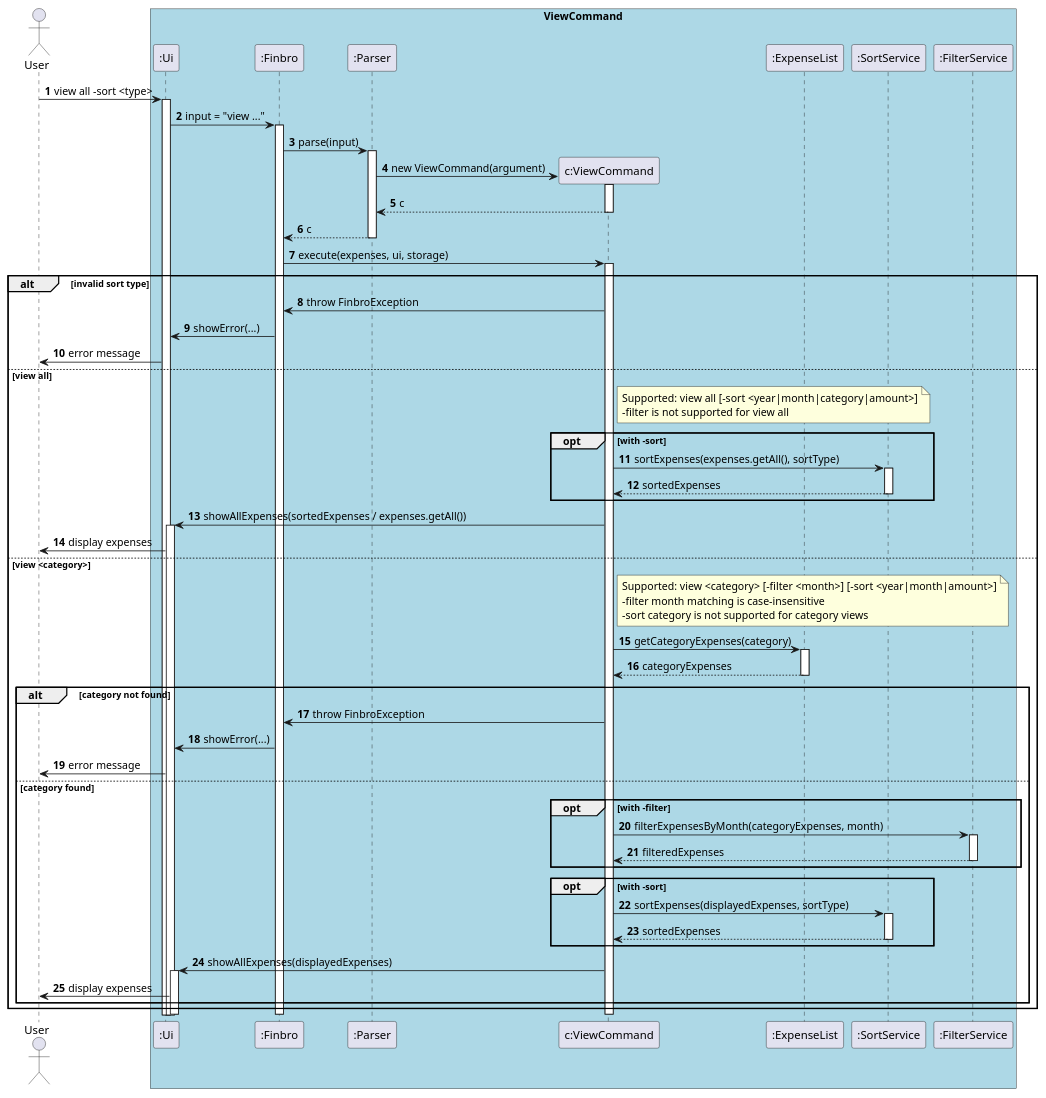
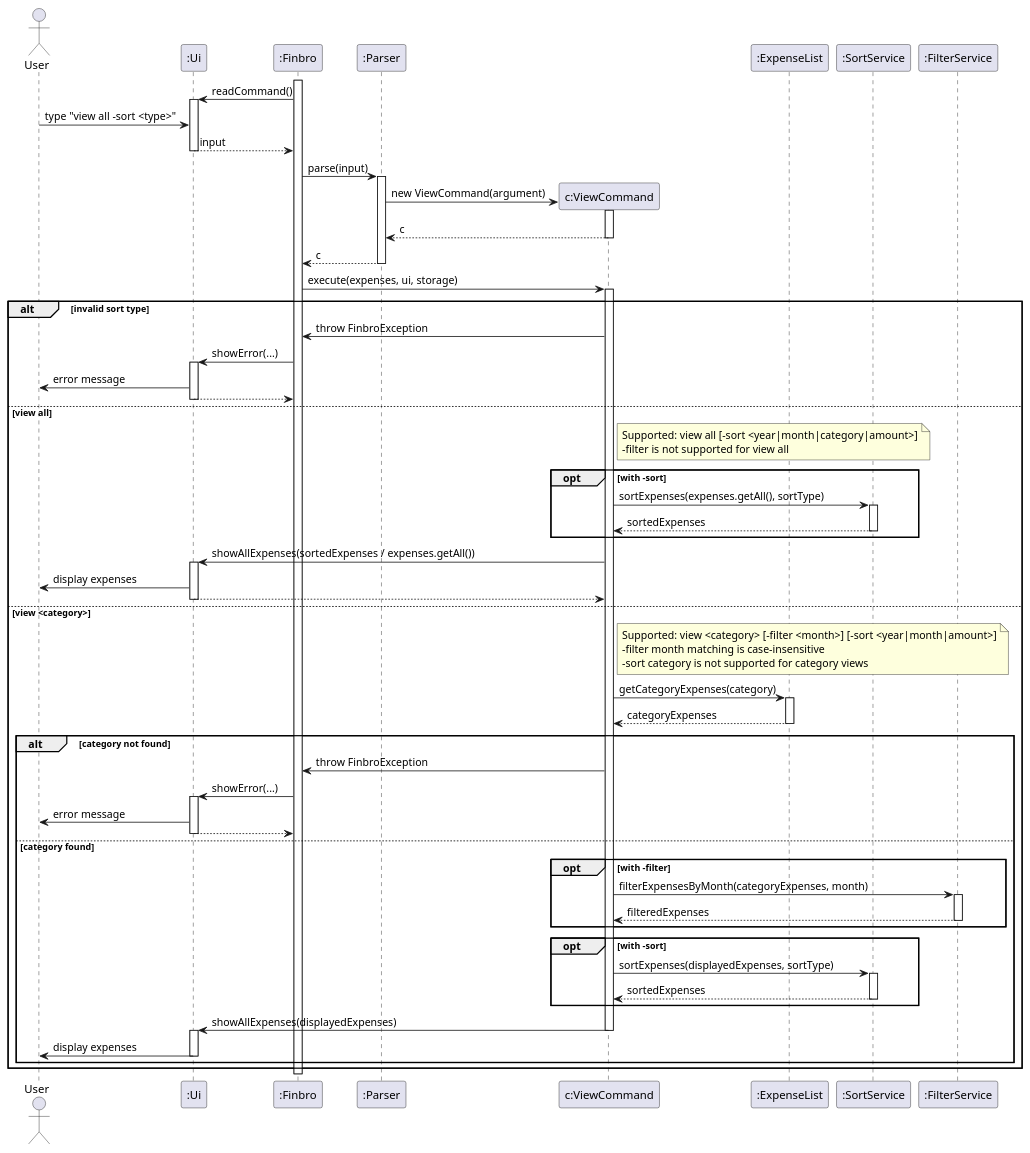
One commit to zihaoalt/tp changed the diagram in docs/UML_diagrams/ViewCommand_Advanced.puml. Above: the diagram before and after it, drawn with PlantUML. The commit also changed 3 other files, not shown here.

Commit message:
fix on sequence diagram on view

```diff
--- a/docs/UML_diagrams/ViewCommand_Advanced.puml
+++ b/docs/UML_diagrams/ViewCommand_Advanced.puml
@@ -1,95 +1,104 @@
 @startuml ViewCommand_Advanced
 'https://plantuml.com/sequence-diagram
 actor User
 
-box "ViewCommand" #LightBlue
 participant ":Ui"
 participant ":Finbro"
 participant ":Parser"
 participant "c:ViewCommand"
 participant ":ExpenseList"
 participant ":SortService"
 participant ":FilterService"
-end box
 
-autonumber
+activate ":Finbro"
+":Finbro" -> ":Ui" : readCommand()
+activate ":Ui"
+User -> ":Ui" : type "view all -sort <type>"
+":Ui" --> ":Finbro" : input
+deactivate ":Ui"
 
-User -> ":Ui" : view all -sort <type>
-activate ":Ui"
 
-":Ui" -> ":Finbro" : input = "view ..."
-activate ":Finbro"
 
 ":Finbro" -> ":Parser" : parse(input)
 activate ":Parser"
 
 create "c:ViewCommand"
 ":Parser" -> "c:ViewCommand" : new ViewCommand(argument)
 activate "c:ViewCommand"
 return c
 return c
 
 ":Finbro" -> "c:ViewCommand" : execute(expenses, ui, storage)
 activate "c:ViewCommand"
 
 alt invalid sort type
 	"c:ViewCommand" -> ":Finbro" : throw FinbroException
 	":Finbro" -> ":Ui" : showError(...)
+	activate ":Ui"
 	":Ui" -> User : error message
+	return
+	deactivate ":Ui"
 
 else view all
 	note right of "c:ViewCommand"
 	  Supported: view all [-sort <year|month|category|amount>]
 	  -filter is not supported for view all
 	end note
 
 	opt with -sort
 		"c:ViewCommand" -> ":SortService" : sortExpenses(expenses.getAll(), sortType)
 		activate ":SortService"
 		return sortedExpenses
 	end
 
 	"c:ViewCommand" -> ":Ui" : showAllExpenses(sortedExpenses / expenses.getAll())
 	activate ":Ui"
 	":Ui" -> User : display expenses
+	return
+	deactivate ":Ui"
 
 else view <category>
 	note right of "c:ViewCommand"
 	  Supported: view <category> [-filter <month>] [-sort <year|month|amount>]
 	  -filter month matching is case-insensitive
 	  -sort category is not supported for category views
 	end note
 
 	"c:ViewCommand" -> ":ExpenseList" : getCategoryExpenses(category)
 	activate ":ExpenseList"
 	return categoryExpenses
 
 	alt category not found
 		"c:ViewCommand" -> ":Finbro" : throw FinbroException
 		":Finbro" -> ":Ui" : showError(...)
+		activate ":Ui"
 		":Ui" -> User : error message
+		return
+		deactivate ":Ui"
 
 	else category found
 		opt with -filter
 			"c:ViewCommand" -> ":FilterService" : filterExpensesByMonth(categoryExpenses, month)
 			activate ":FilterService"
 			return filteredExpenses
 		end
 
 		opt with -sort
 			"c:ViewCommand" -> ":SortService" : sortExpenses(displayedExpenses, sortType)
 			activate ":SortService"
 			return sortedExpenses
 		end
 
 		"c:ViewCommand" -> ":Ui" : showAllExpenses(displayedExpenses)
+		deactivate "c:ViewCommand"
 		activate ":Ui"
 		":Ui" -> User : display expenses
+		deactivate ":Ui"
 	end
 end
 
 deactivate "c:ViewCommand"
 deactivate ":Finbro"
 deactivate ":Ui"
 
 @enduml
```
